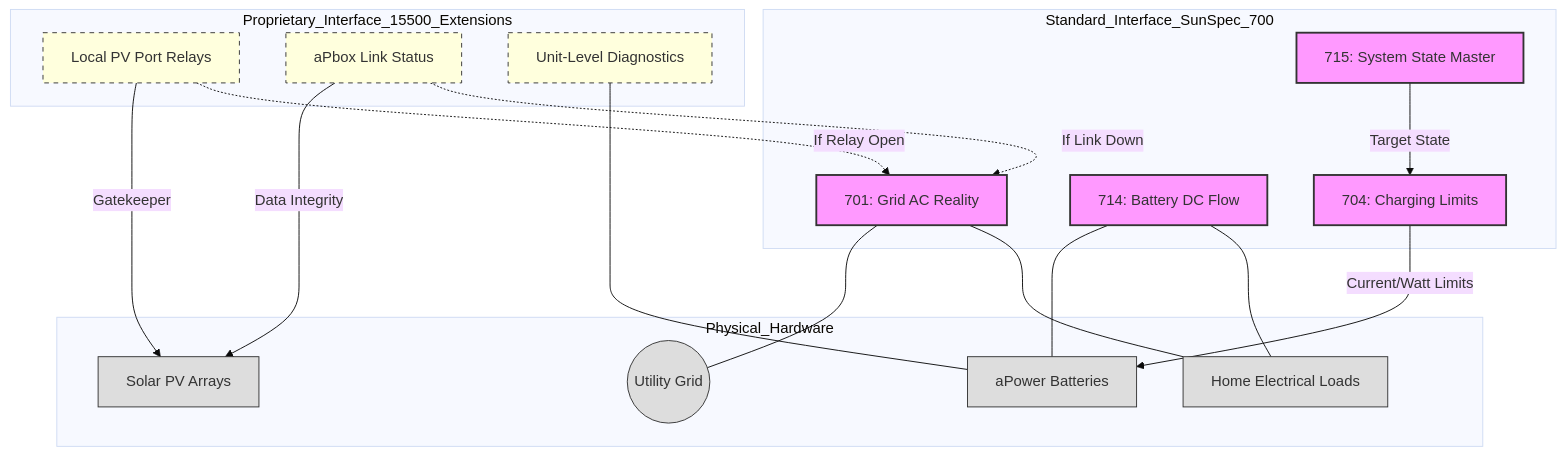
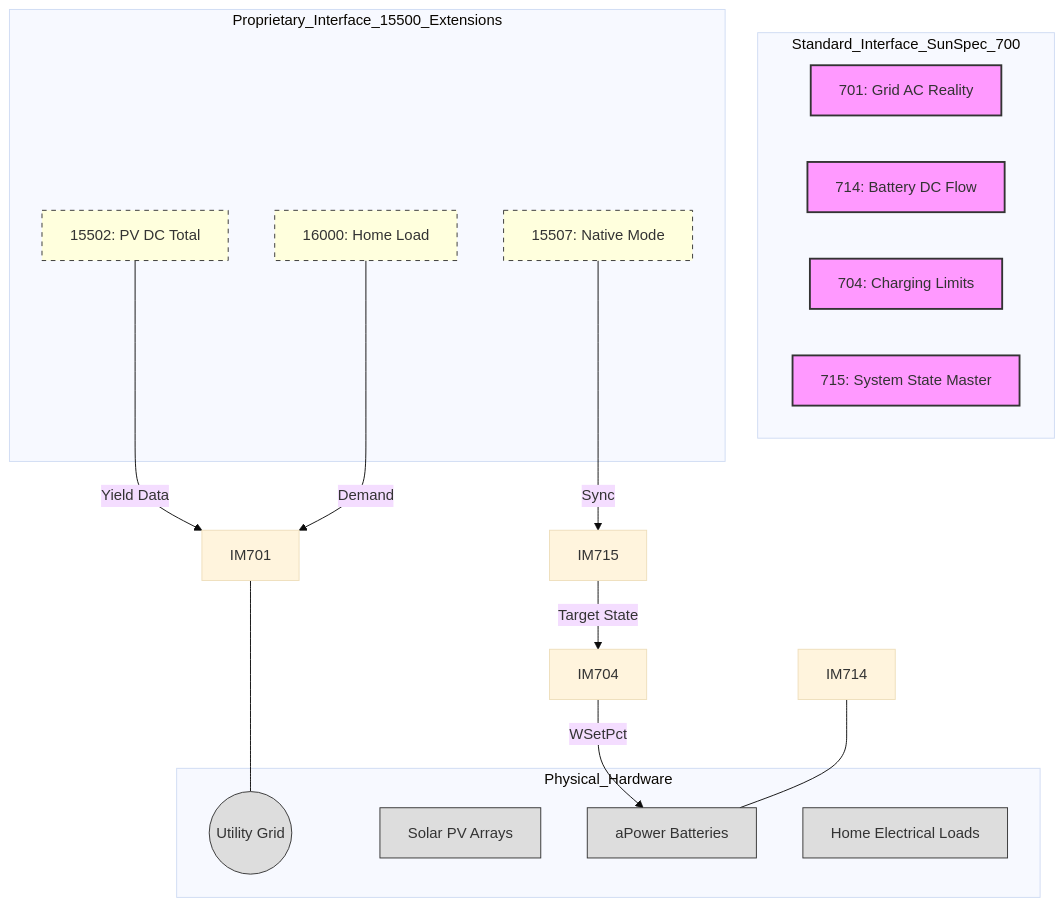
One commit to balloobbot/franklinwh-modbus changed the diagram in docs/SUNSPEC_700_INTEROP_GUIDE.md. Above: the diagram before and after it, drawn with Mermaid (base theme). The commit also changed other lines of this file and 1 other file, not shown here.

````diff
--- a/docs/SUNSPEC_700_INTEROP_GUIDE.md
+++ b/docs/SUNSPEC_700_INTEROP_GUIDE.md
@@ -19,47 +19,41 @@
 ```mermaid
 graph TD
     subgraph Standard_Interface_SunSpec_700
-        IM701[701: Grid AC Reality]
-        IM714[714: Battery DC Flow]
-        IM704[704: Charging Limits]
-        IM715[715: System State Master]
+        M701[701: Grid AC Reality]
+        M714[714: Battery DC Flow]
+        M704[704: Charging Limits]
+        M715[715: System State Master]
     end
 
     subgraph Proprietary_Interface_15500_Extensions
-        EXT_PV[Local PV Port Relays]
-        EXT_AP[aPbox Link Status]
-        EXT_BMS[Unit-Level Diagnostics]
+        EXT_PV[15502: PV DC Total]
+        EXT_MODE[15507: Native Mode]
+        EXT_LOAD[16000: Home Load]
     end
 
     subgraph Physical_Hardware
         GRID((Utility Grid))
         PV[Solar PV Arrays]
         BAT[aPower Batteries]
         LOADS[Home Electrical Loads]
     end
 
     %% Standard Logic
     IM715 -->|Target State| IM704
-    IM704 -->|Current/Watt Limits| BAT
+    IM704 -->|WSetPct| BAT
     IM714 --- BAT
     IM701 --- GRID
 
     %% Extension Logic
-    EXT_PV -->|Gatekeeper| PV
-    EXT_AP -->|Data Integrity| PV
-    EXT_BMS --- BAT
-
-    %% Inter-Layer Dependency
-    EXT_PV -.->|If Relay Open| IM701
-    EXT_AP -.->|If Link Down| IM701
-    IM701 --- LOADS
-    IM714 --- LOADS
+    EXT_PV -->|Yield Data| IM701
+    EXT_MODE -->|Sync| IM715
+    EXT_LOAD -->|Demand| IM701
 
     classDef standard fill:#f9f,stroke:#333,stroke-width:2px;
     classDef extension fill:#ffd,stroke:#333,stroke-dasharray: 5 5;
     classDef physical fill:#ddd,stroke:#333;
 
-    class IM701,IM714,IM704,IM715 standard;
-    class EXT_PV,EXT_AP,EXT_BMS extension;
+    class M701,M714,M704,M715 standard;
+    class EXT_PV,EXT_MODE,EXT_LOAD extension;
     class GRID,PV,BAT,LOADS physical;
 ```
````
